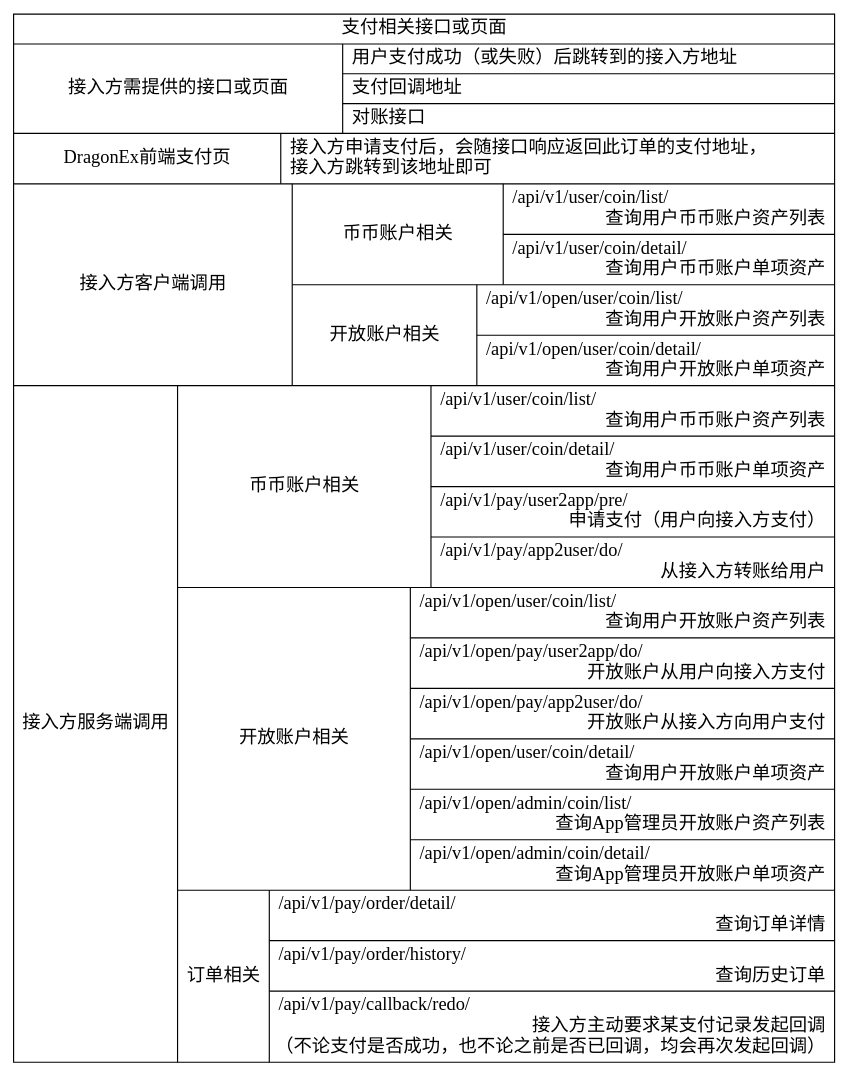
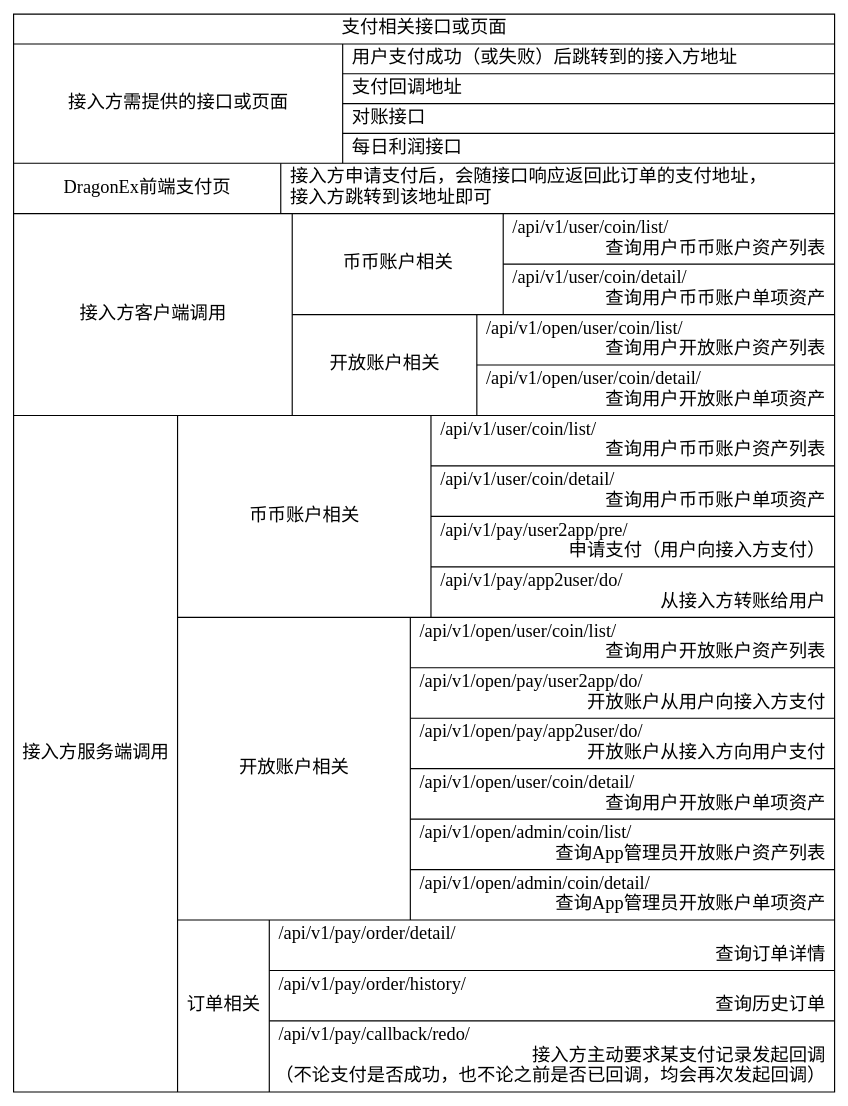
One commit to Dragonexio/OAuth changed the diagram in docs/cn/images/payment_apis.dot. Above: the diagram before and after it, drawn with Graphviz. The commit also changed 1 other file, not shown here.

```diff
--- a/docs/cn/images/payment_apis.dot
+++ b/docs/cn/images/payment_apis.dot
@@ -1,83 +1,84 @@
 digraph g {
 graph [
     rankdir = "LR"
 ];
 
 node [
     fontsize = "16"
     shape=record
 ];
 
 PaymentApis [
     label = "支付相关接口或页面
     |
     {
         接入方需提供的接口或页面 |
         {
             用户支付成功（或失败）后跳转到的接入方地址 \l
             | 支付回调地址 \l
             | 对账接口\l
+            | 每日利润接口\l
         }
     }
     | 
     {
         DragonEx前端支付页 |
         {
             接入方申请支付后，会随接口响应返回此订单的支付地址，\l接入方跳转到该地址即可 \l
         }
     }
     | 
     {
         接入方客户端调用 | 
         {
             { 币币账户相关 |
                 {
                   /api/v1/user/coin/list/ \l 查询用户币币账户资产列表 \r
                   | /api/v1/user/coin/detail/ \l 查询用户币币账户单项资产 \r
                 }
             }
             |
             { 开放账户相关 |
                 {
                   /api/v1/open/user/coin/list/ \l 查询用户开放账户资产列表 \r
                   | /api/v1/open/user/coin/detail/ \l 查询用户开放账户单项资产 \r
                 }
             }
         }            
     }
     | 
     {
         接入方服务端调用 | 
         {
             { 币币账户相关 |
                 {
                   /api/v1/user/coin/list/ \l 查询用户币币账户资产列表 \r
                   | /api/v1/user/coin/detail/ \l 查询用户币币账户单项资产 \r
                   | /api/v1/pay/user2app/pre/ \l 申请支付（用户向接入方支付）\r
                   | /api/v1/pay/app2user/do/ \l 从接入方转账给用户\r
                 }
             }
             |
             { 开放账户相关 |
                 {
                   /api/v1/open/user/coin/list/ \l 查询用户开放账户资产列表 \r
                   | /api/v1/open/pay/user2app/do/ \l 开放账户从用户向接入方支付 \r
                   | /api/v1/open/pay/app2user/do/ \l 开放账户从接入方向用户支付 \r
                   | /api/v1/open/user/coin/detail/ \l 查询用户开放账户单项资产 \r
                   | /api/v1/open/admin/coin/list/ \l 查询App管理员开放账户资产列表 \r
                   | /api/v1/open/admin/coin/detail/ \l 查询App管理员开放账户单项资产 \r
                 }
             }
             |
             { 订单相关 |
                 {
                     /api/v1/pay/order/detail/ \l 查询订单详情 \r
                     | /api/v1/pay/order/history/ \l 查询历史订单 \r
                     | /api/v1/pay/callback/redo/ \l 接入方主动要求某支付记录发起回调\r（不论支付是否成功，也不论之前是否已回调，均会再次发起回调） \r
                 }
             }   
         }
     }
     "
 ]
 }
```
